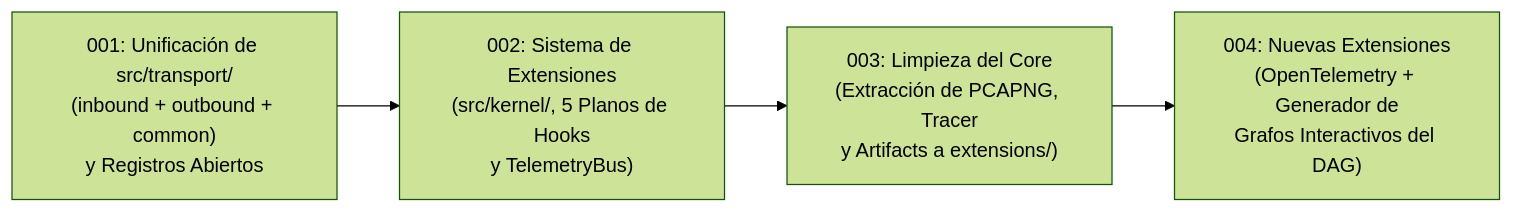
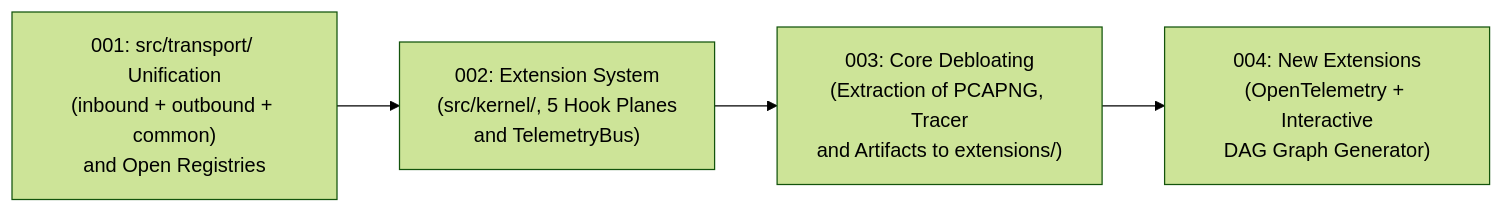
One commit to g-gar/vidsec changed the second of 2 diagrams in docs/development/000-architecture-roadmap.md. Above: the diagram before and after it, drawn with Mermaid (forest theme). The commit also changed other lines of this file and 6 other files, not shown here.

````diff
--- a/docs/development/000-architecture-roadmap.md
+++ b/docs/development/000-architecture-roadmap.md
@@ -66,6 +66,6 @@
 ```mermaid
 flowchart LR
-    T001["001: Unificación de src/transport/<br/>(inbound + outbound + common)<br/>y Registros Abiertos"] --> T002["002: Sistema de Extensiones<br/>(src/kernel/, 5 Planos de Hooks<br/>y TelemetryBus)"]
-    T002 --> T003["003: Limpieza del Core<br/>(Extracción de PCAPNG, Tracer<br/>y Artifacts a extensions/)"]
-    T003 --> T004["004: Nuevas Extensiones<br/>(OpenTelemetry + Generador de<br/>Grafos Interactivos del DAG)"]
+    T001["001: src/transport/ Unification<br/>(inbound + outbound + common)<br/>and Open Registries"] --> T002["002: Extension System<br/>(src/kernel/, 5 Hook Planes<br/>and TelemetryBus)"]
+    T002 --> T003["003: Core Debloating<br/>(Extraction of PCAPNG, Tracer<br/>and Artifacts to extensions/)"]
+    T003 --> T004["004: New Extensions<br/>(OpenTelemetry + Interactive<br/>DAG Graph Generator)"]
 ```
````
